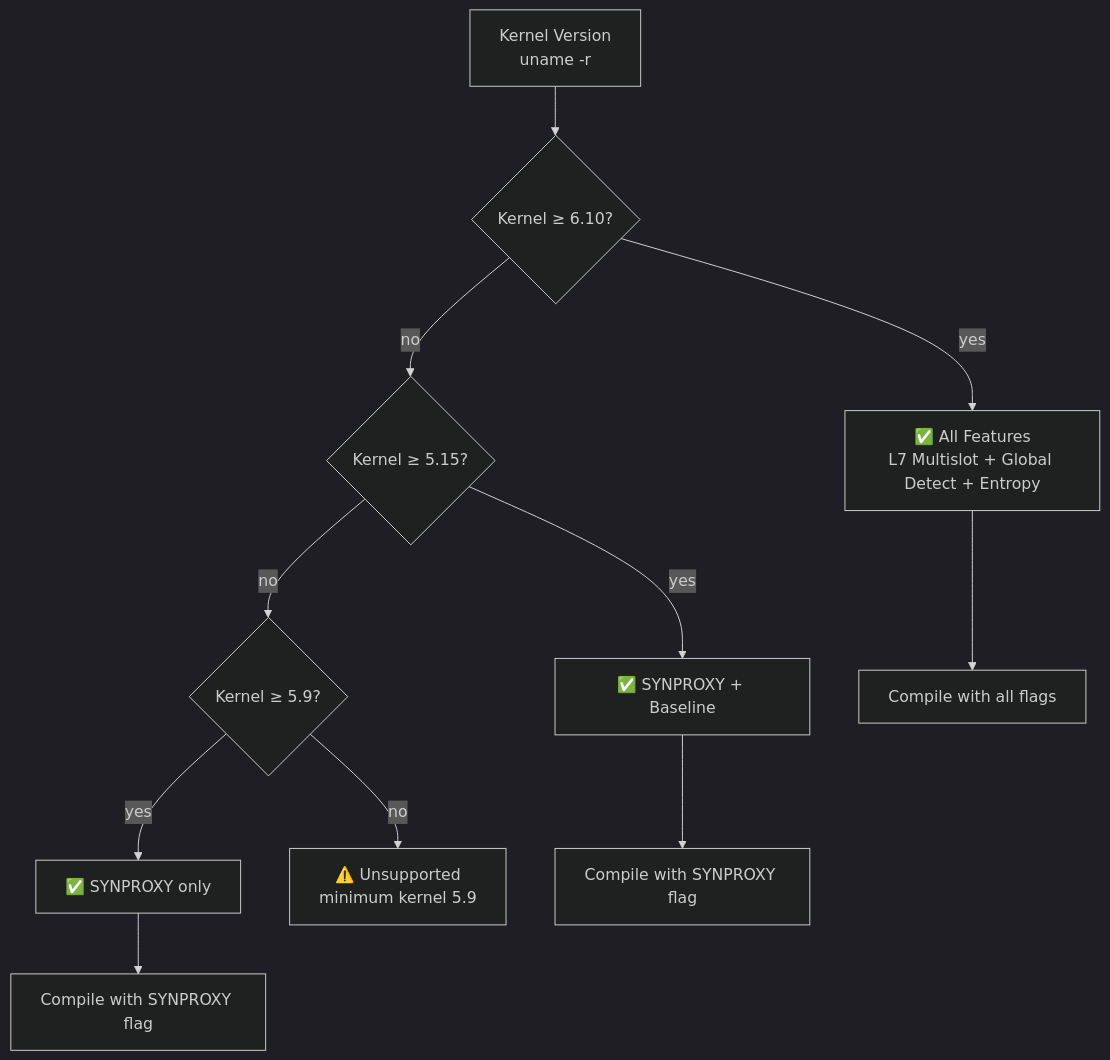
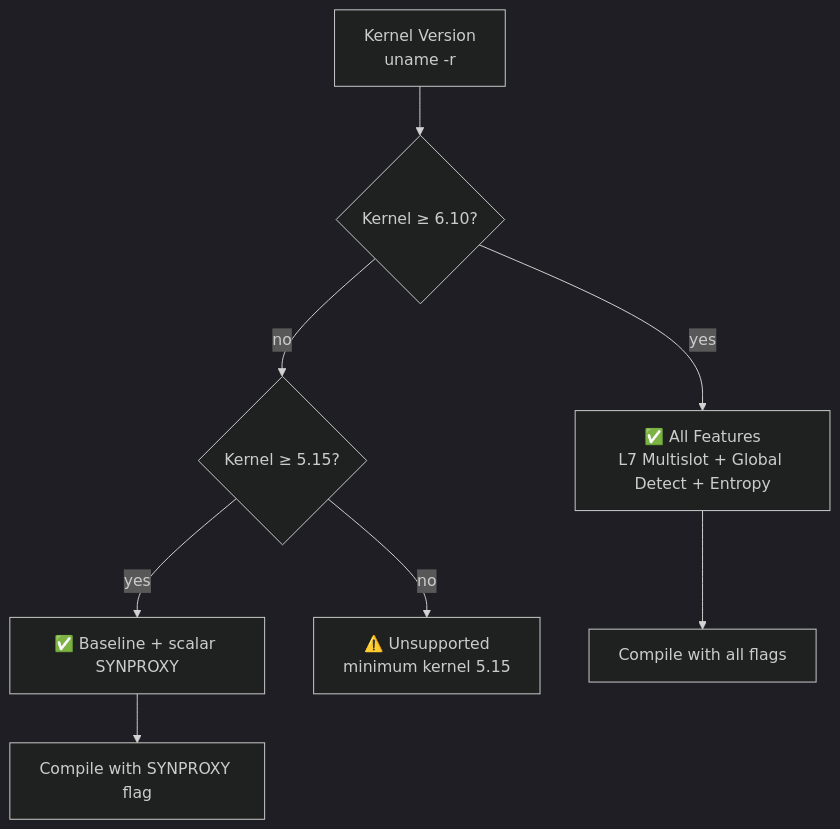
One commit to AnAverageBeing/pingless-studios-docs changed the second of 2 diagrams in docs/openshield-xdp/user-guide/configuration.md. Above: the diagram before and after it, drawn with Mermaid (dark theme). The commit also changed other lines of this file and 23 other files, not shown here.

Commit message:
docs(openshield-xdp): scalar rate-based SYN protection, freplace opt-in (kernel >=6.10), 5.15 support floor, remove syn_cookie_map

````diff
--- a/docs/openshield-xdp/user-guide/configuration.md
+++ b/docs/openshield-xdp/user-guide/configuration.md
@@ -240,13 +239,10 @@
 ```mermaid
 flowchart TD
     A["Kernel Version<br/>uname -r"] --> B{"Kernel ≥ 6.10?"}
     B -->|"yes"| C["✅ All Features<br/>L7 Multislot + Global Detect + Entropy"]
     B -->|"no"| D{"Kernel ≥ 5.15?"}
-    D -->|"yes"| E["✅ SYNPROXY + Baseline"]
-    D -->|"no"| F{"Kernel ≥ 5.9?"}
-    F -->|"yes"| G["✅ SYNPROXY only"]
-    F -->|"no"| H["⚠️ Unsupported<br/>minimum kernel 5.9"]
+    D -->|"yes"| E["✅ Baseline + scalar SYNPROXY"]
+    D -->|"no"| H["⚠️ Unsupported<br/>minimum kernel 5.15"]
     C --> I["Compile with all flags"]
     E --> J["Compile with SYNPROXY flag"]
-    G --> K["Compile with SYNPROXY flag"]
 ```
````
